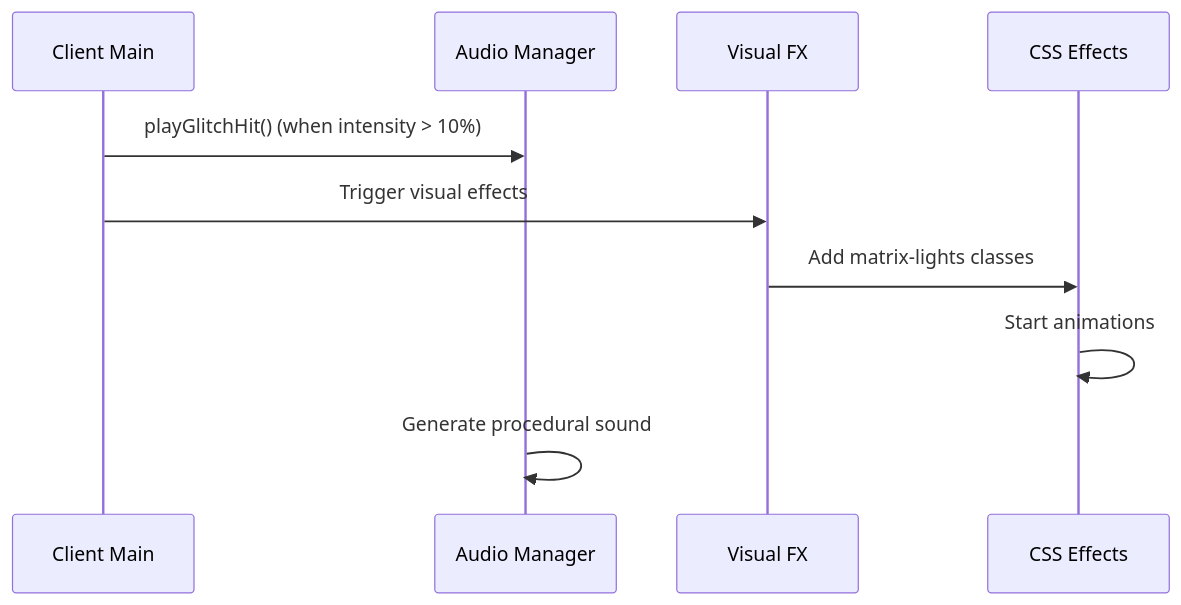
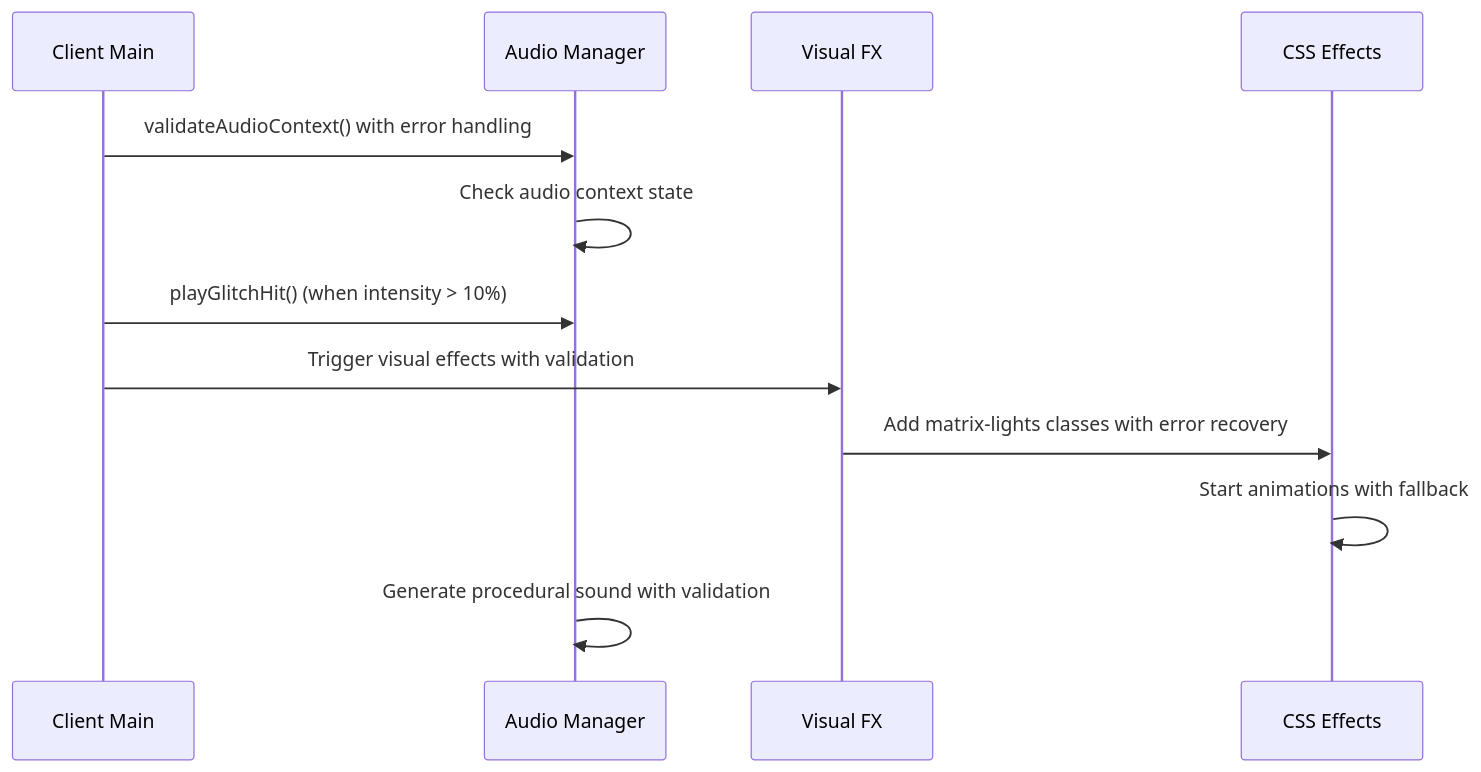
One commit to dkoukoul/escape-room-mvp changed the eighth of 10 diagrams in .qoder/repowiki/en/content/Game Mechanics/Glitch Meter System.md. Above: the diagram before and after it, drawn with Mermaid. The commit also changed other lines of this file and 21 other files, not shown here.

````diff
--- a/.qoder/repowiki/en/content/Game Mechanics/Glitch Meter System.md
+++ b/.qoder/repowiki/en/content/Game Mechanics/Glitch Meter System.md
@@ -323,12 +373,14 @@
 ```mermaid
 sequenceDiagram
 participant CL as Client Main
 participant AM as Audio Manager
 participant VF as Visual FX
 participant CSS as CSS Effects
+CL->>AM : validateAudioContext() with error handling
+AM->>AM : Check audio context state
 CL->>AM : playGlitchHit() (when intensity > 10%)
-CL->>VF : Trigger visual effects
-VF->>CSS : Add matrix-lights classes
-CSS->>CSS : Start animations
-AM->>AM : Generate procedural sound
+CL->>VF : Trigger visual effects with validation
+VF->>CSS : Add matrix-lights classes with error recovery
+CSS->>CSS : Start animations with fallback
+AM->>AM : Generate procedural sound with validation
 ```
````
